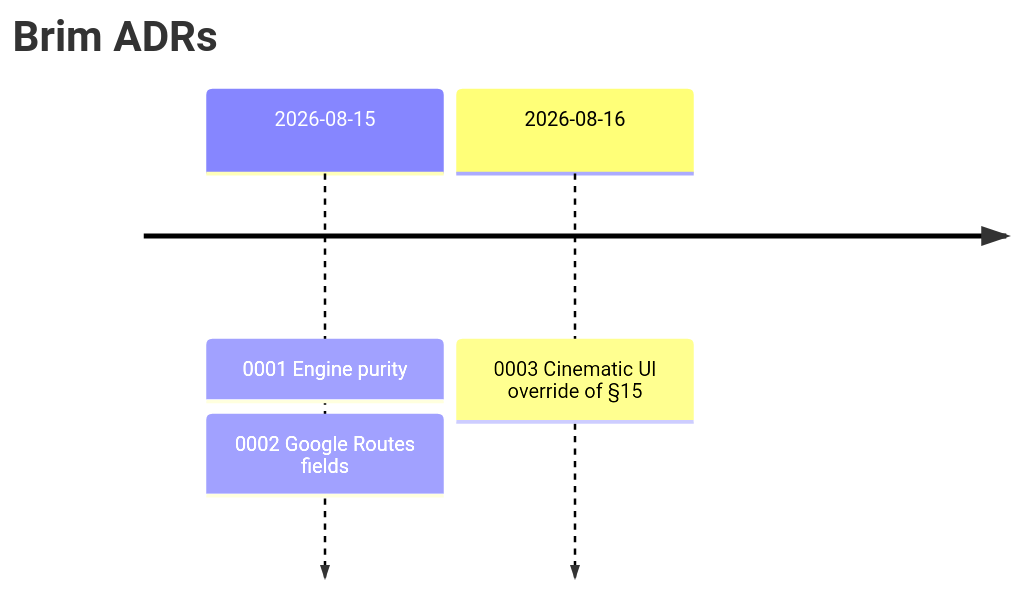
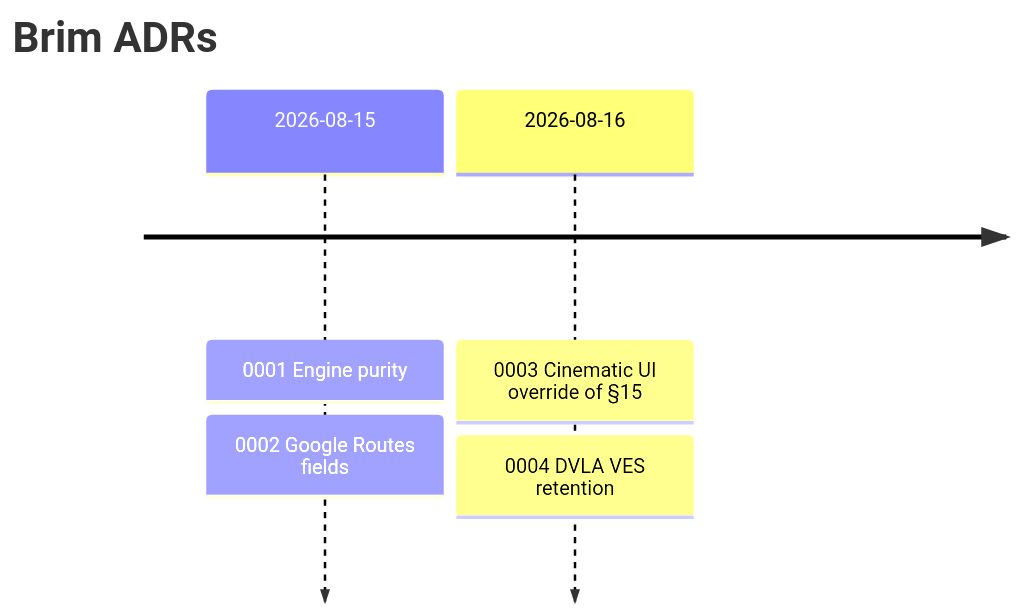
The diagram in docs/adr/README.md (Hum2a/Brim), drawn with Mermaid before and after one commit. The commit also changed other lines of this file and 29 other files, not shown here.

````diff
--- a/docs/adr/README.md
+++ b/docs/adr/README.md
@@ -5,7 +5,8 @@
 ```mermaid
 timeline
   title Brim ADRs
   2026-08-15 : 0001 Engine purity
              : 0002 Google Routes fields
   2026-08-16 : 0003 Cinematic UI override of §15
+             : 0004 DVLA VES retention
 ```
````
